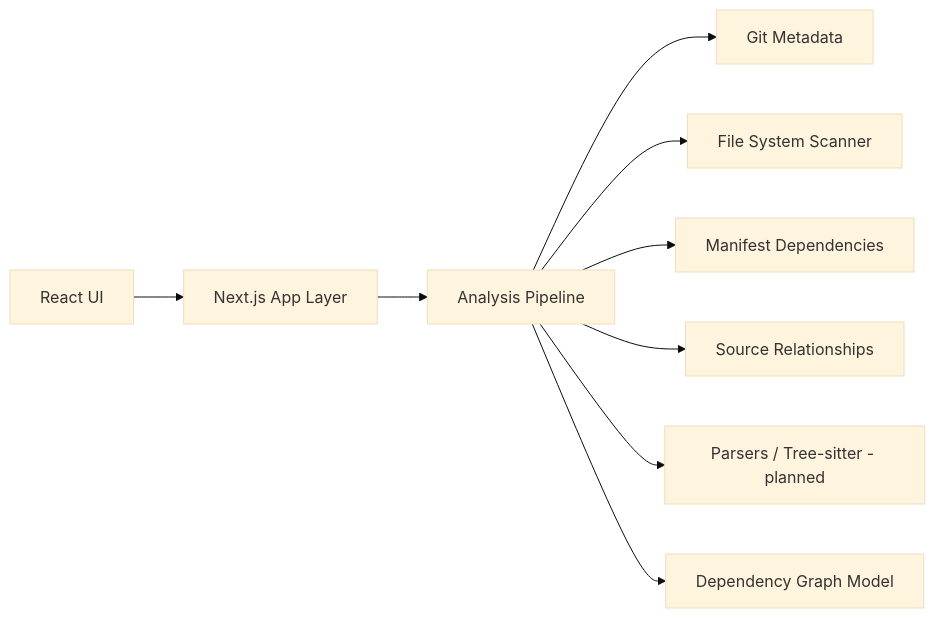
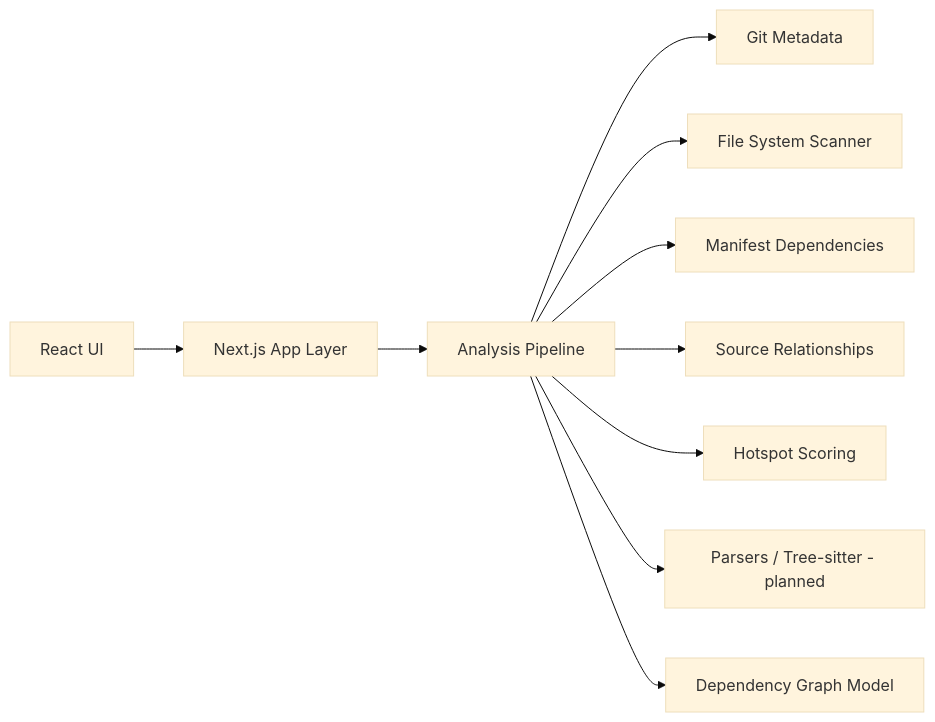
The diagram in README.md (justsomerandom/cartographer), drawn with Mermaid (base theme) before and after one commit. The commit also changed other lines of this file and 14 other files, not shown here.

````diff
--- a/README.md
+++ b/README.md
@@ -144,11 +166,12 @@
 ```mermaid
 flowchart LR
     UI[React UI] --> App[Next.js App Layer]
     App --> Analysis[Analysis Pipeline]
     Analysis --> Git[Git Metadata]
     Analysis --> Files[File System Scanner]
     Analysis --> Deps[Manifest Dependencies]
     Analysis --> Relations[Source Relationships]
+    Analysis --> Hotspots[Hotspot Scoring]
     Analysis --> Parsers[Parsers / Tree-sitter - planned]
     Analysis --> Graphs[Dependency Graph Model]
 ```
````
